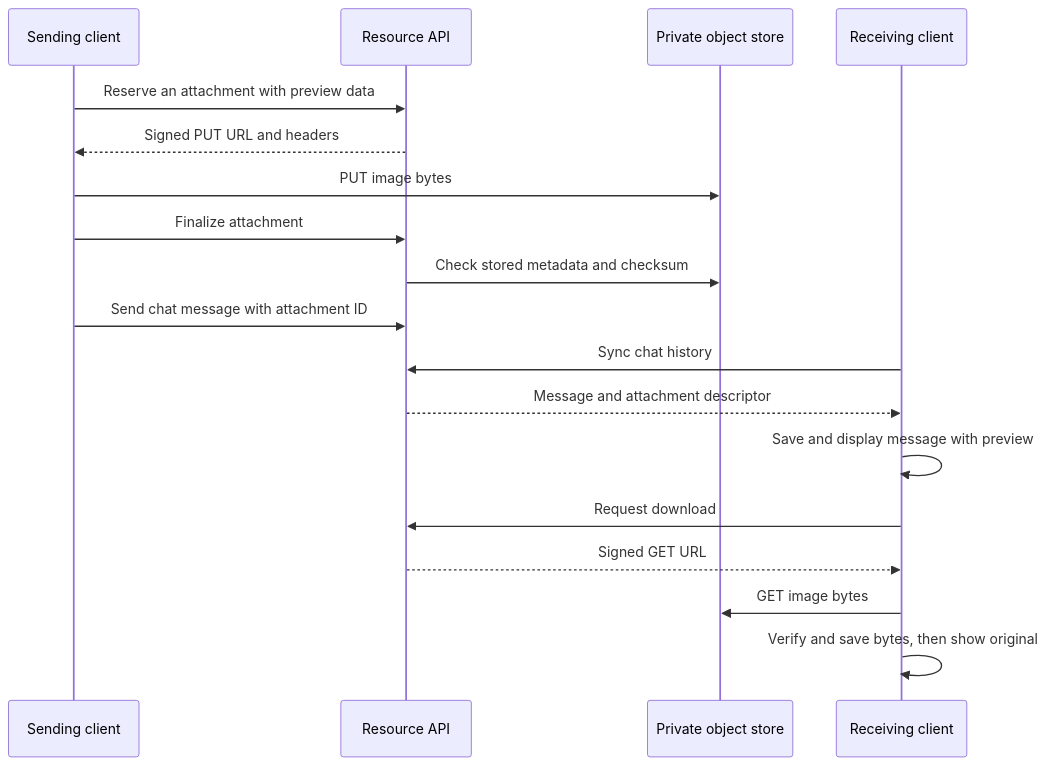
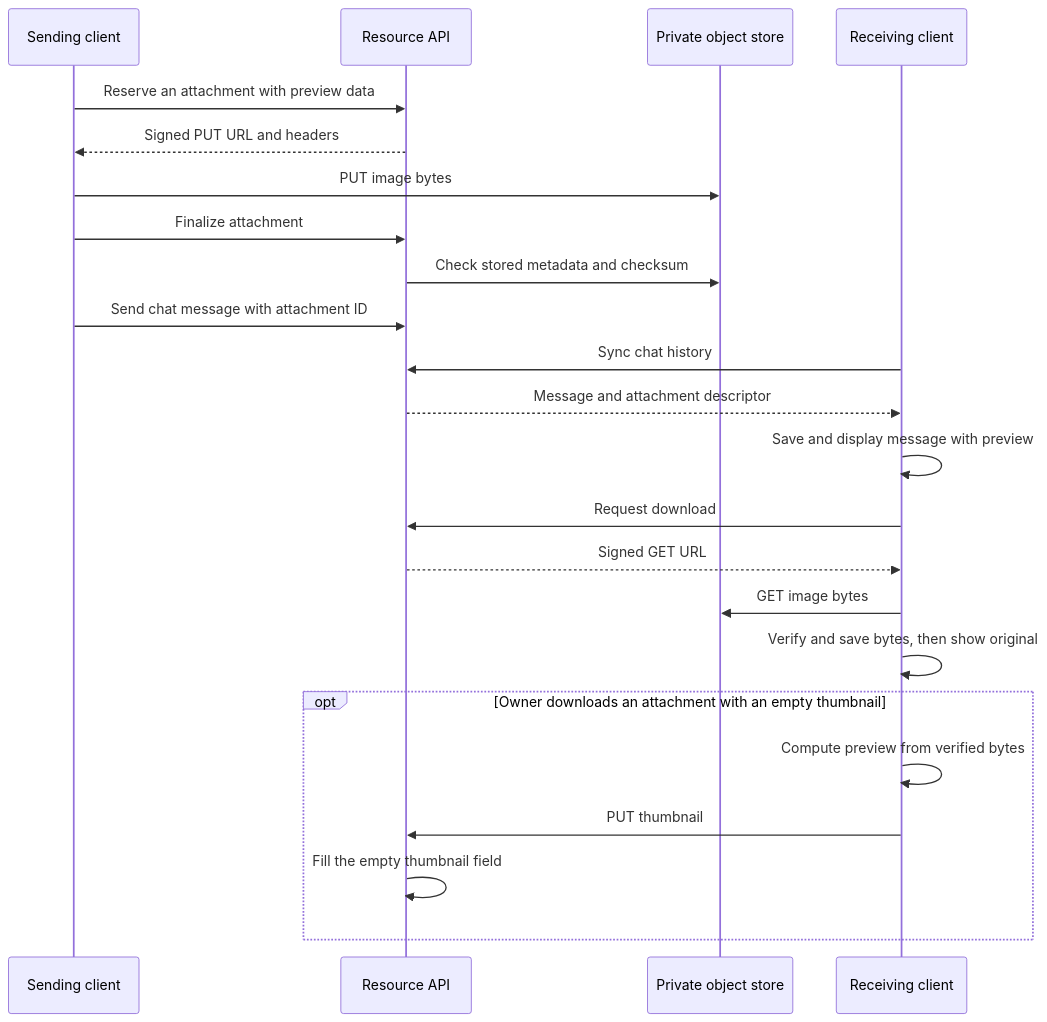
Before and after one commit to moeru-ai/airi: the second of 2 diagrams in server/docs/ai/adr/2026-11-11-chat-image-attachments.md, drawn with Mermaid. The commit also changed other lines of this file and 7 other files, not shown here.

````diff
--- a/server/docs/ai/adr/2026-11-11-chat-image-attachments.md
+++ b/server/docs/ai/adr/2026-11-11-chat-image-attachments.md
@@ -59,20 +62,25 @@
 ```mermaid
 sequenceDiagram
   participant A as Sending client
   participant API as Resource API
   participant S3 as Private object store
   participant B as Receiving client
   A->>API: Reserve an attachment with preview data
   API-->>A: Signed PUT URL and headers
   A->>S3: PUT image bytes
   A->>API: Finalize attachment
   API->>S3: Check stored metadata and checksum
   A->>API: Send chat message with attachment ID
   B->>API: Sync chat history
   API-->>B: Message and attachment descriptor
   B->>B: Save and display message with preview
   B->>API: Request download
   API-->>B: Signed GET URL
   B->>S3: GET image bytes
   B->>B: Verify and save bytes, then show original
+  opt Owner downloads an attachment with an empty thumbnail
+    B->>B: Compute preview from verified bytes
+    B->>API: PUT thumbnail
+    API->>API: Fill the empty thumbnail field
+  end
 ```
````
